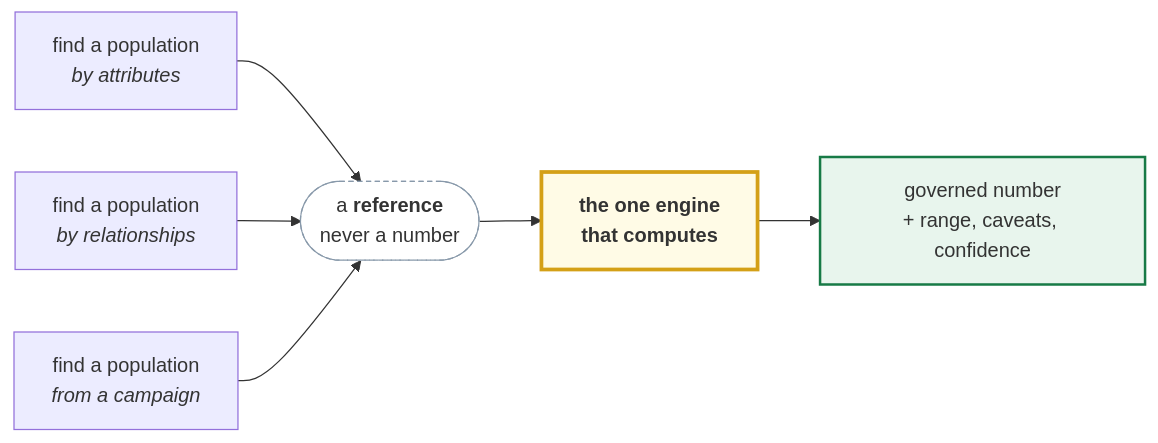
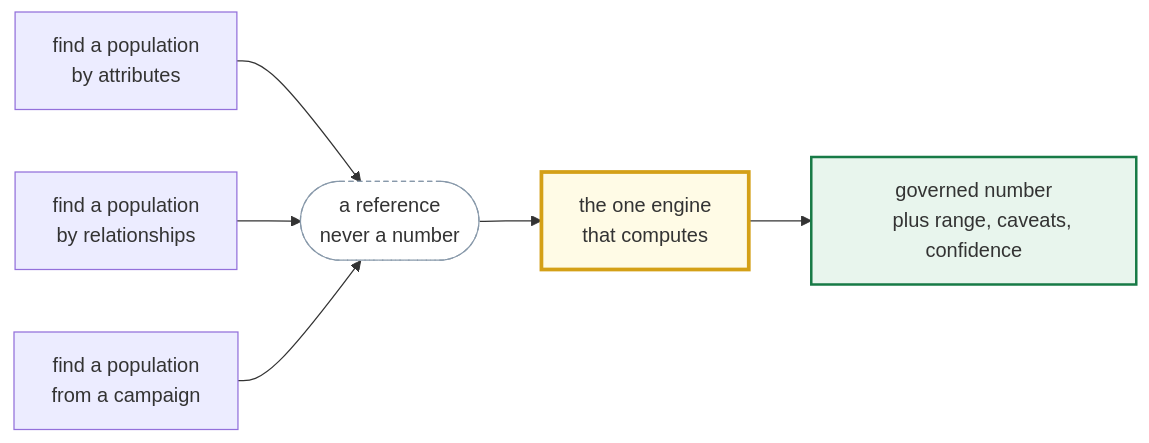
The third of 3 diagrams in README.md (benkohcc/semantic-layer-for-ai-agents), drawn with Mermaid before and after one commit. The commit also changed other lines of this file, not shown here.

First line of the commit message:
Fix fused label text in the remaining two diagrams

````diff
--- a/README.md
+++ b/README.md
@@ -275,12 +281,18 @@
 ```mermaid
 flowchart LR
-    A["find a population<br/><i>by attributes</i>"] --> H
-    B["find a population<br/><i>by relationships</i>"] --> H
-    C["find a population<br/><i>from a campaign</i>"] --> H
-    H(["a <b>reference</b><br/>never a number"]) --> M["<b>the one engine<br/>that computes</b>"]
-    M --> N["governed number<br/>+ range, caveats, confidence"]
+    A["find a population
+    by attributes"] --> H
+    B["find a population
+    by relationships"] --> H
+    C["find a population
+    from a campaign"] --> H
+    H(["a reference
+    never a number"]) --> M["the one engine
+    that computes"]
+    M --> N["governed number
+    plus range, caveats, confidence"]
 
     style M fill:#fffbe6,stroke:#d4a017,stroke-width:3px
     style H fill:#ffffff,stroke:#8899aa,stroke-dasharray: 4 3
     style N fill:#e8f5ed,stroke:#177a46,stroke-width:2px
 ```
````
